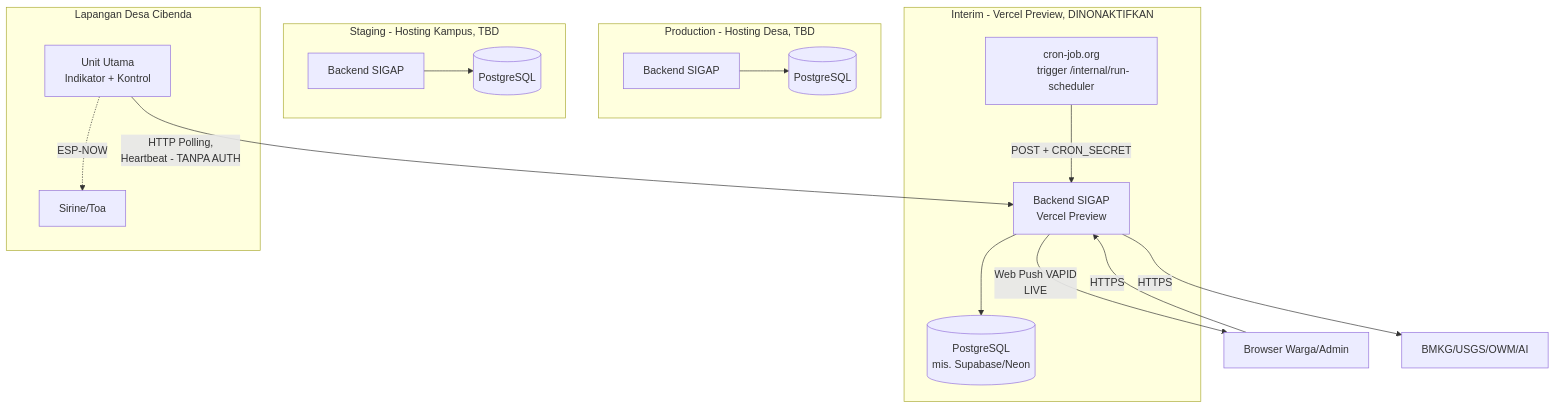
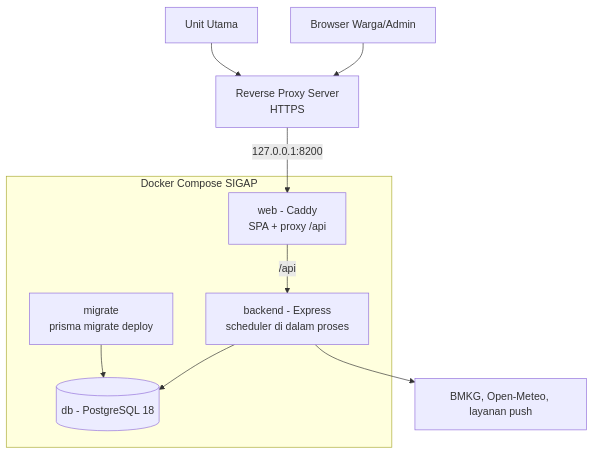
One commit to Vextronode/sigap_app changed the diagram in docs/architecture/08_deployment_view.md. Above: the diagram before and after it, drawn with Mermaid. The commit also changed other lines of this file and 97 other files, not shown here.

````diff
--- a/docs/architecture/08_deployment_view.md
+++ b/docs/architecture/08_deployment_view.md
@@ -9,42 +7,27 @@
 ```mermaid
 flowchart TB
-    subgraph Prod[Production - Hosting Desa, TBD]
-        ProdBE[Backend SIGAP]
-        ProdDB[(PostgreSQL)]
-        ProdBE --> ProdDB
+    Browser[Browser Warga/Admin]
+    UU[Unit Utama]
+    Proxy[Reverse Proxy Server
+    HTTPS]
+
+    subgraph Stack[Docker Compose SIGAP]
+        Web[web - Caddy
+        SPA + proxy /api]
+        BE[backend - Express
+        scheduler di dalam proses]
+        Migrate[migrate
+        prisma migrate deploy]
+        DB[(db - PostgreSQL 18)]
     end
 
-    subgraph Staging[Staging - Hosting Kampus, TBD]
-        StgBE[Backend SIGAP]
-        StgDB[(PostgreSQL)]
-        StgBE --> StgDB
-    end
+    Ext[BMKG, Open-Meteo, layanan push]
 
-    subgraph Interim[Interim - Vercel Preview, DINONAKTIFKAN]
-        VercelBE[Backend SIGAP
-        Vercel Preview]
-        VercelDB[(PostgreSQL
-        mis. Supabase/Neon)]
-        Cron[cron-job.org
-        trigger /internal/run-scheduler]
-        VercelBE --> VercelDB
-        Cron -->|POST + CRON_SECRET| VercelBE
-    end
-
-    subgraph Lapangan[Lapangan Desa Cibenda]
-        UnitUtama[Unit Utama
-        Indikator + Kontrol]
-        Sirine[Sirine/Toa]
-        UnitUtama -.ESP-NOW.-> Sirine
-    end
-
-    Browser[Browser Warga/Admin]
-
-    Browser -->|HTTPS| VercelBE
-    UnitUtama -->|HTTP Polling,
-    Heartbeat - TANPA AUTH| VercelBE
-
-    VercelBE -->|HTTPS| ExtAPI[BMKG/USGS/OWM/AI]
-    VercelBE -->|Web Push VAPID
-    LIVE| Browser
+    Browser --> Proxy
+    UU --> Proxy
+    Proxy -->|127.0.0.1:8200| Web
+    Web -->|/api| BE
+    BE --> DB
+    Migrate --> DB
+    BE --> Ext
 ```
````
